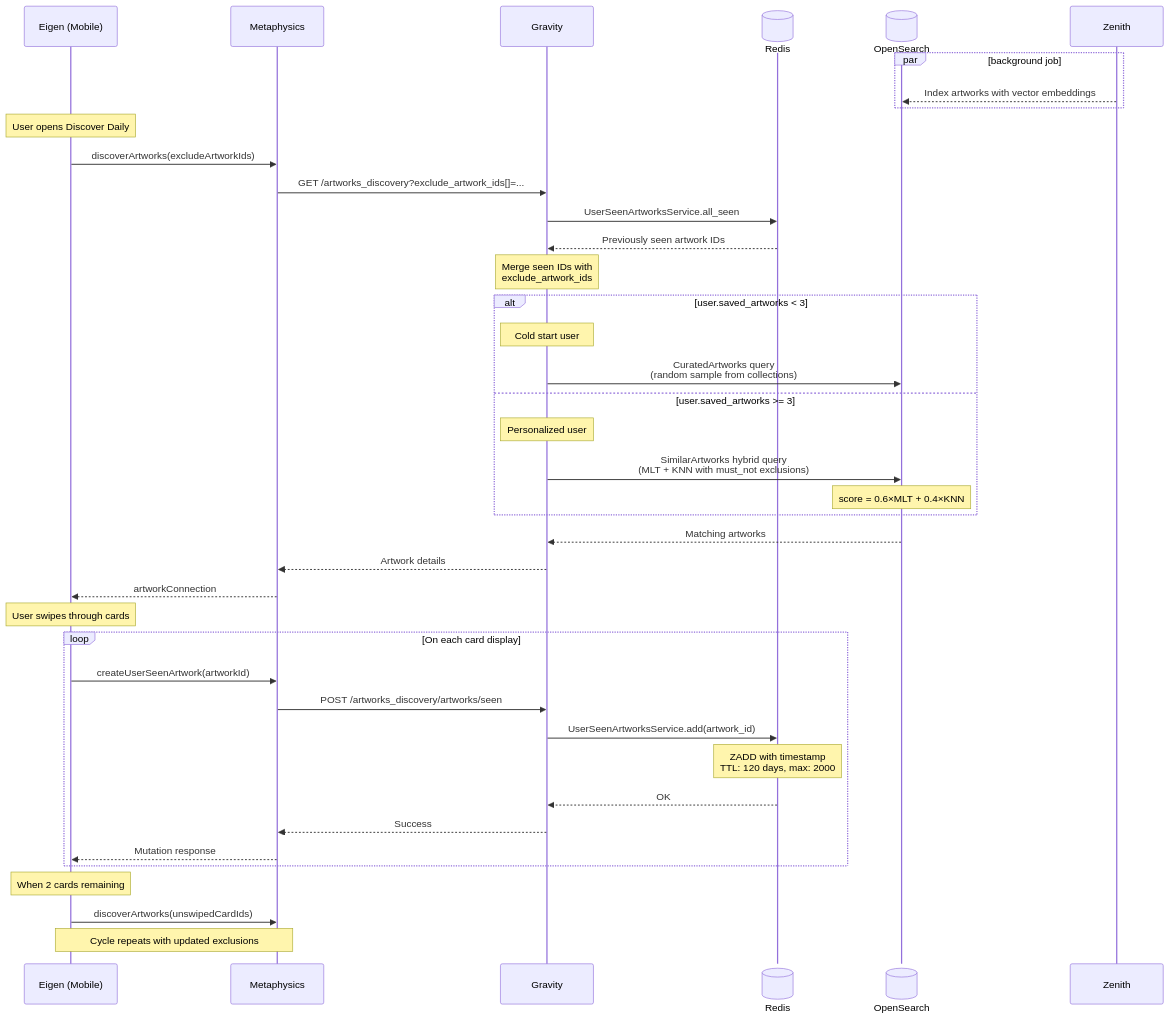
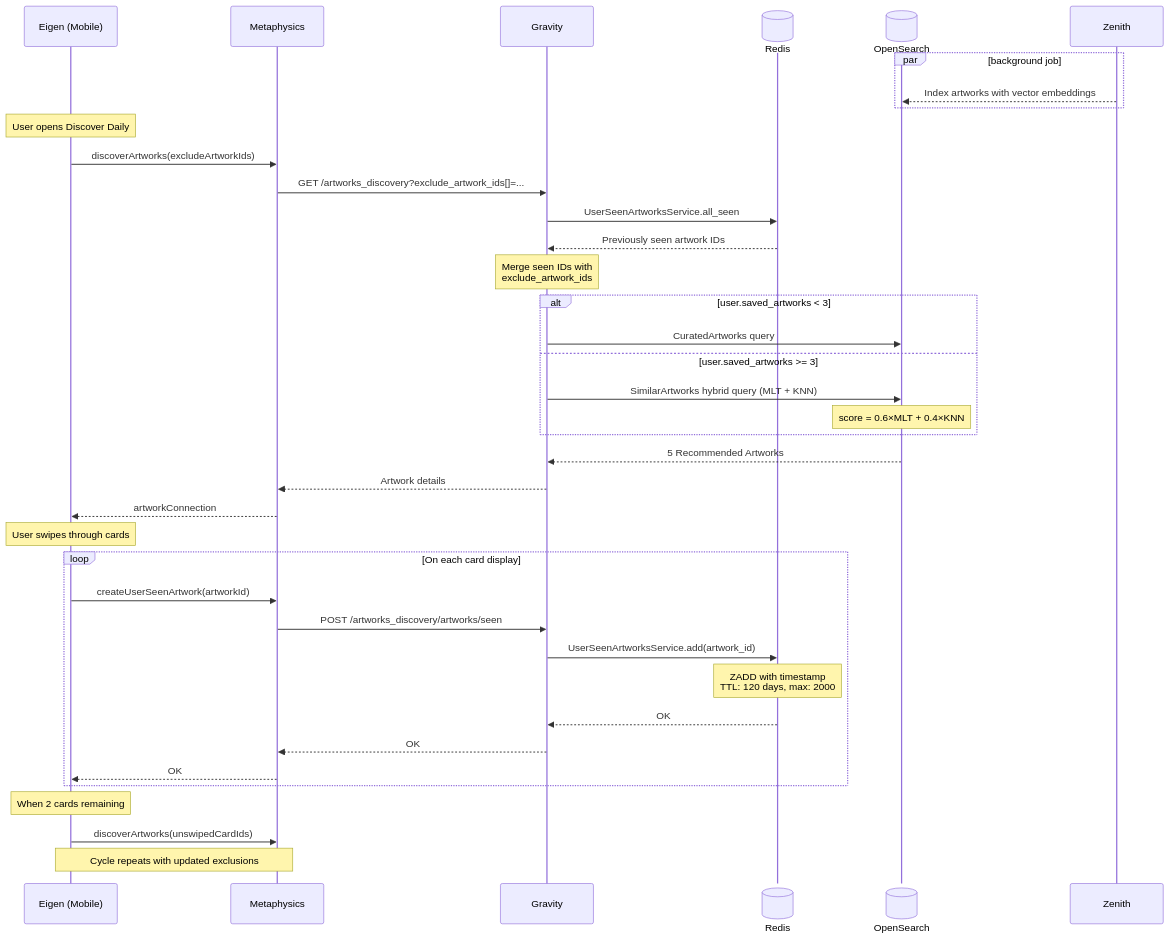
One commit to artsy/README changed the diagram in systems/recommendations/discover-daily.md. Above: the diagram before and after it, drawn with Mermaid. The commit also changed other lines of this file and 4 other files, not shown here.

````diff
--- a/systems/recommendations/discover-daily.md
+++ b/systems/recommendations/discover-daily.md
@@ -10,53 +10,51 @@
 ```mermaid
 sequenceDiagram
     participant E as Eigen (Mobile)
     participant MP as Metaphysics
     participant G as Gravity
     participant Redis@{ "type" : "database" }
     participant OpenSearch@{ "type" : "database" }
     participant Z as Zenith
 
     par background job
         Z-->>OpenSearch: Index artworks with vector embeddings
     end
 
     Note over E: User opens Discover Daily
 
     E->>MP: discoverArtworks(excludeArtworkIds)
     MP->>G: GET /artworks_discovery?exclude_artwork_ids[]=...
 
     G->>Redis: UserSeenArtworksService.all_seen
     Redis-->>G: Previously seen artwork IDs
 
     Note over G: Merge seen IDs with<br/>exclude_artwork_ids
 
     alt user.saved_artworks < 3
-        Note over G: Cold start user
-        G->>OpenSearch: CuratedArtworks query<br/>(random sample from collections)
+        G->>OpenSearch: CuratedArtworks query
     else user.saved_artworks >= 3
-        Note over G: Personalized user
-        G->>OpenSearch: SimilarArtworks hybrid query<br/>(MLT + KNN with must_not exclusions)
+        G->>OpenSearch: SimilarArtworks hybrid query (MLT + KNN)
         Note over OpenSearch: score = 0.6×MLT + 0.4×KNN
     end
 
-    OpenSearch-->>G: Matching artworks
+    OpenSearch-->>G: 5 Recommended Artworks
     G-->>MP: Artwork details
     MP-->>E: artworkConnection
 
     Note over E: User swipes through cards
 
     loop On each card display
         E->>MP: createUserSeenArtwork(artworkId)
         MP->>G: POST /artworks_discovery/artworks/seen
         G->>Redis: UserSeenArtworksService.add(artwork_id)
         Note over Redis: ZADD with timestamp<br/>TTL: 120 days, max: 2000
         Redis-->>G: OK
-        G-->>MP: Success
-        MP-->>E: Mutation response
+        G-->>MP: OK
+        MP-->>E: OK
     end
 
     Note over E: When 2 cards remaining
 
     E->>MP: discoverArtworks(unswipedCardIds)
     Note over E,MP: Cycle repeats with updated exclusions
 ```
````
